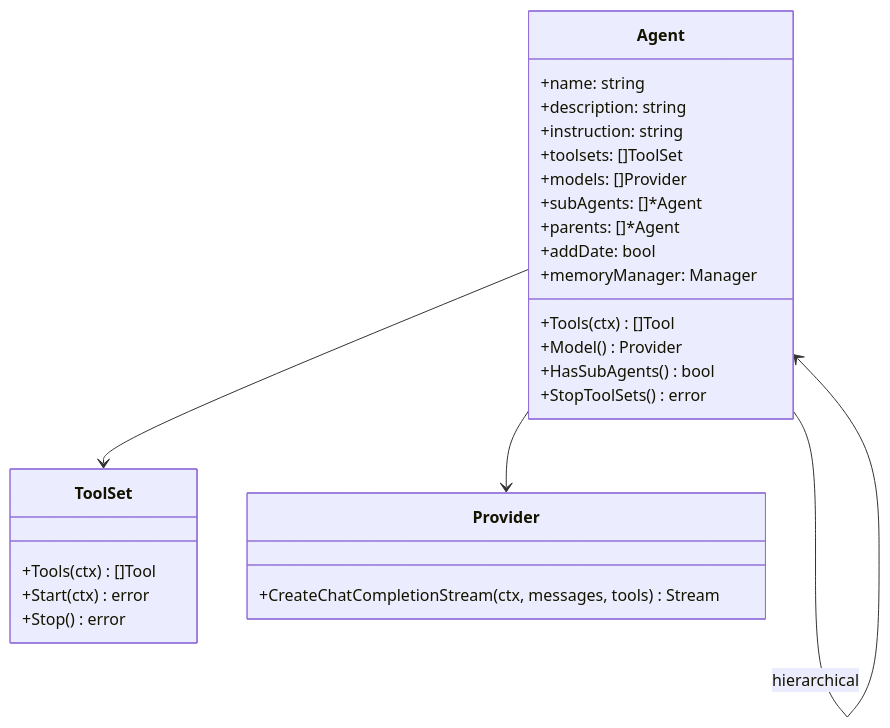
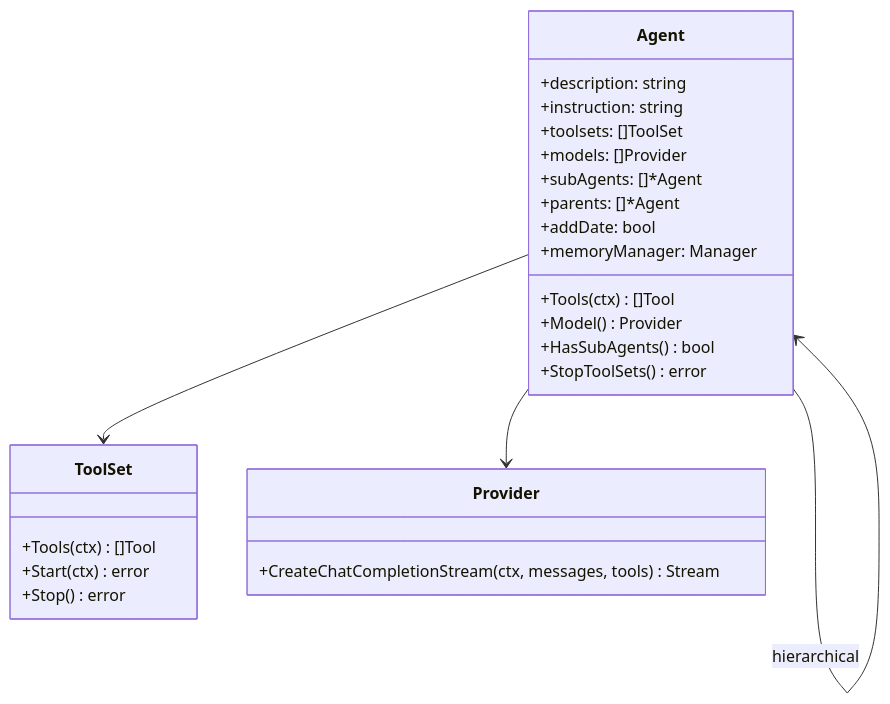
Before and after one commit to vvoland/cagent: the fourth of 12 diagrams in docs/architecture.md, drawn with Mermaid. The commit also changed 50 other files, not shown here.

````diff
--- a/docs/architecture.md
+++ b/docs/architecture.md
@@ -229,33 +229,32 @@
 ```mermaid
 classDiagram
     class Agent {
-        +name: string
         +description: string
         +instruction: string
         +toolsets: []ToolSet
         +models: []Provider
         +subAgents: []*Agent
         +parents: []*Agent
         +addDate: bool
         +memoryManager: Manager
 
         +Tools(ctx) []Tool
         +Model() Provider
         +HasSubAgents() bool
         +StopToolSets() error
     }
 
     class ToolSet {
         +Tools(ctx) []Tool
         +Start(ctx) error
         +Stop() error
     }
 
     class Provider {
         +CreateChatCompletionStream(ctx, messages, tools) Stream
     }
 
     Agent --> ToolSet
     Agent --> Provider
     Agent --> Agent : hierarchical
 ```
````
